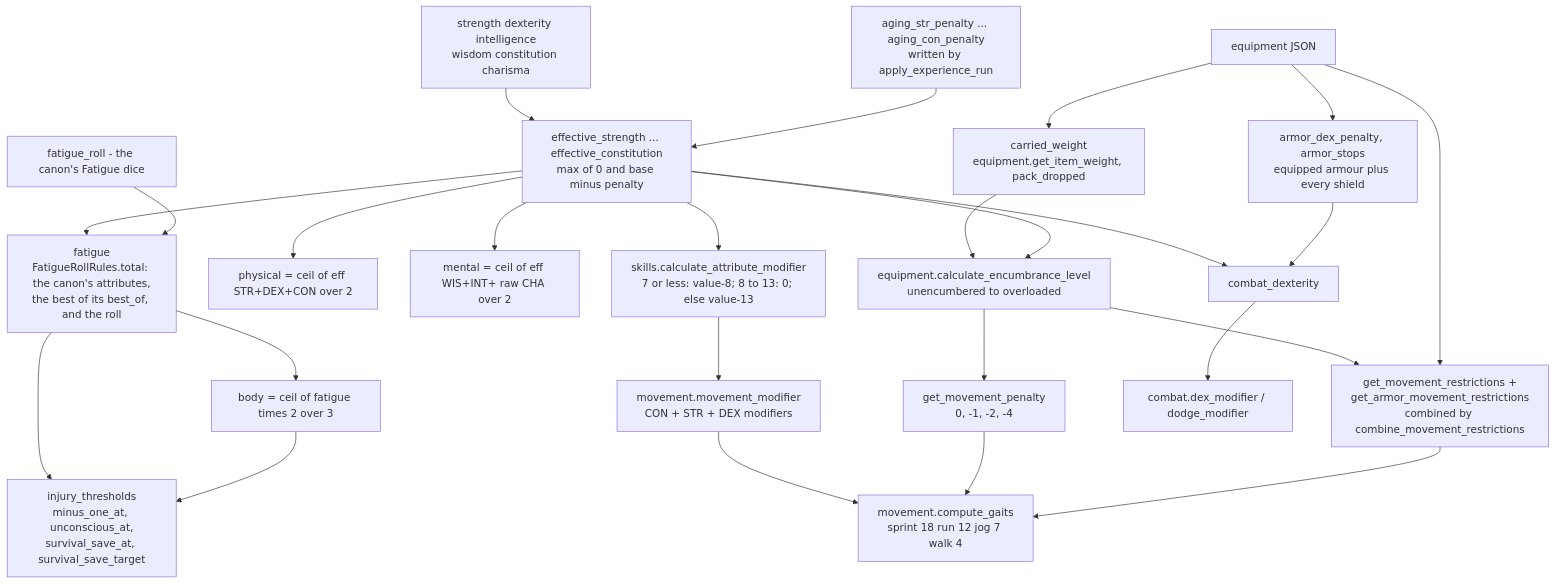
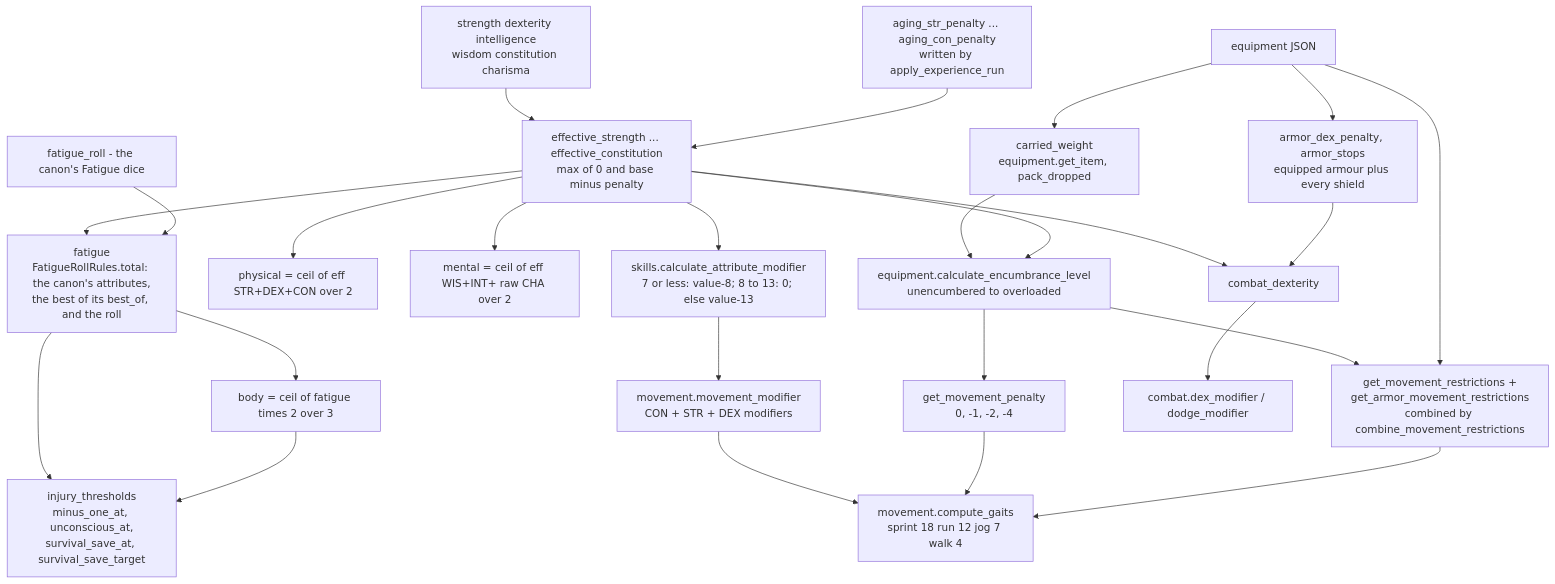
One commit to smarks/tarmar-studio changed the sixth of 18 diagrams in docs/architecture.md. Above: the diagram before and after it, drawn with Mermaid. The commit also changed other lines of this file and 24 other files, not shown here.

````diff
--- a/docs/architecture.md
+++ b/docs/architecture.md
@@ -485,52 +496,52 @@
 ```mermaid
 flowchart TD
     base["strength dexterity intelligence<br/>wisdom constitution charisma"]
     aging["aging_str_penalty ... aging_con_penalty<br/>written by apply_experience_run"]
     eff["effective_strength ... effective_constitution<br/>max of 0 and base minus penalty"]
     base --> eff
     aging --> eff
 
     fatroll["fatigue_roll - the canon's Fatigue dice"]
     fat["fatigue<br/>FatigueRollRules.total: the canon's attributes,<br/>the best of its best_of, and the roll"]
     body["body = ceil of fatigue times 2 over 3"]
     inj["injury_thresholds<br/>minus_one_at, unconscious_at,<br/>survival_save_at, survival_save_target"]
     eff --> fat
     fatroll --> fat
     fat --> body
     fat --> inj
     body --> inj
 
     phys["physical = ceil of eff STR+DEX+CON over 2"]
     ment["mental = ceil of eff WIS+INT+ raw CHA over 2"]
     eff --> phys
     eff --> ment
 
     mod["skills.calculate_attribute_modifier<br/>7 or less: value-8; 8 to 13: 0; else value-13"]
     eff --> mod
     mmod["movement.movement_modifier<br/>CON + STR + DEX modifiers"]
     mod --> mmod
 
     equip["equipment JSON"]
-    carried["carried_weight<br/>equipment.get_item_weight, pack_dropped"]
+    carried["carried_weight<br/>equipment.get_item, pack_dropped"]
     equip --> carried
     enc["equipment.calculate_encumbrance_level<br/>unencumbered to overloaded"]
     carried --> enc
     eff --> enc
     pen["get_movement_penalty<br/>0, -1, -2, -4"]
     enc --> pen
     restr["get_movement_restrictions +<br/>get_armor_movement_restrictions<br/>combined by combine_movement_restrictions"]
     enc --> restr
     equip --> restr
     gaits["movement.compute_gaits<br/>sprint 18 run 12 jog 7 walk 4"]
     mmod --> gaits
     pen --> gaits
     restr --> gaits
 
     armor["armor_dex_penalty, armor_stops<br/>equipped armour plus every shield"]
     equip --> armor
     cdex["combat_dexterity"]
     eff --> cdex
     armor --> cdex
     tohit["combat.dex_modifier / dodge_modifier"]
     cdex --> tohit
 ```
````
